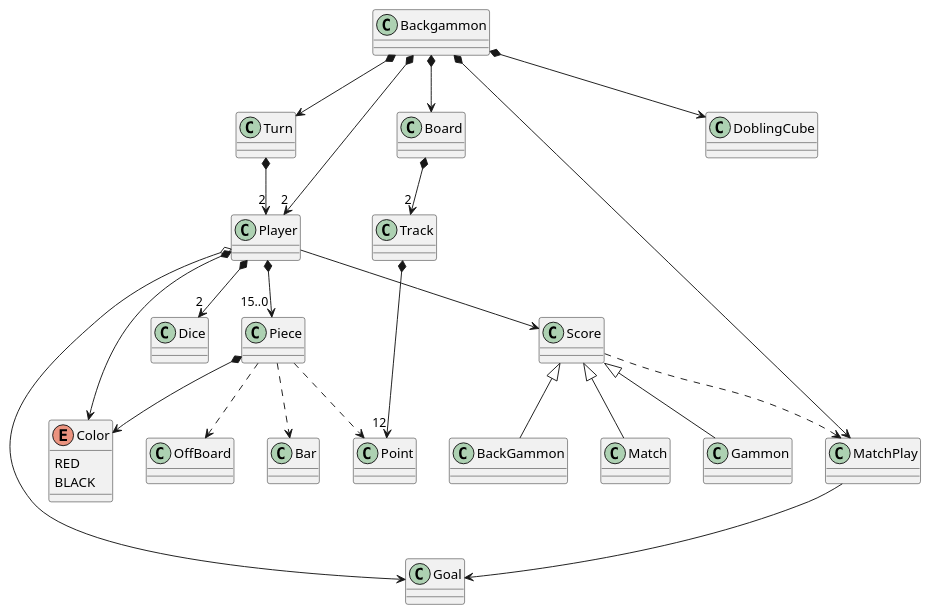
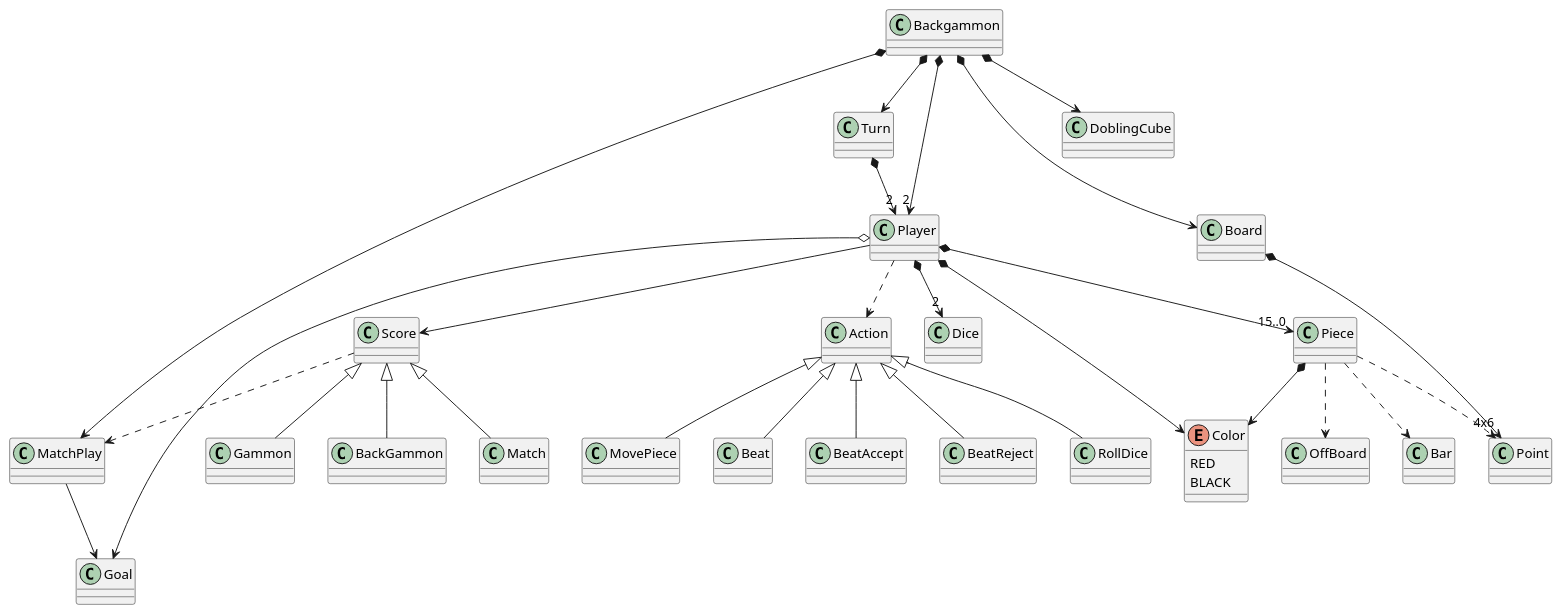
Before and after one commit to USantaTecla-game-backgammon/backgammon: the diagram in domain_model/domain_model.puml, drawn with PlantUML.

Commit message:
Improve domain model

```diff
--- a/domain_model/domain_model.puml
+++ b/domain_model/domain_model.puml
@@ -1,63 +1,75 @@
 @startuml
 class Backgammon{}
 
 class Board{}
 
 class OffBoard{}
 
-class Track{}
 
-class Point{}
+class Point {}
 
 class Piece{}
 
 enum Color{
   RED
   BLACK
 }
 
 class Goal{}
 
 class Bar{}
 
 class MatchPlay{}
 
 class Turn{}
 
 class Player{}
 
 class Dice{}
 
 class DoblingCube{}
 
 class Match{}
 
 class Gammon{}
 
 class BackGammon{}
 
 class Score{}
 
+class Action {}
+class RollDice {}
+class MovePiece {}
+class Beat {}
+class BeatAccept {}
+class BeatReject {}
+
 Player --> Score
 Score ..> MatchPlay
 MatchPlay --> Goal
 Match -up-|> Score
 Gammon -up-|> Score
 BackGammon -up-|> Score
 Backgammon *--> MatchPlay
 Backgammon *--> Board
 Backgammon *--> Turn
 Backgammon *--> DoblingCube
 Turn *--> "2" Player
 Backgammon *--> "2" Player
-Board *--> "2" Track
-Track *--> "12" Point
+Board *--> "4x6" Point
 Player *--> Color
 Piece *--> Color
 Piece ..> Point
 Piece ..> OffBoard
 Piece ..> Bar
 Player *--> "15..0" Piece
 Player *--> "2" Dice
 Player o--> Goal
+Player ..> Action
+
+Action <|-- RollDice
+Action <|-- MovePiece
+Action <|-- Beat
+Action <|-- BeatAccept
+Action <|-- BeatReject
 @enduml
```
